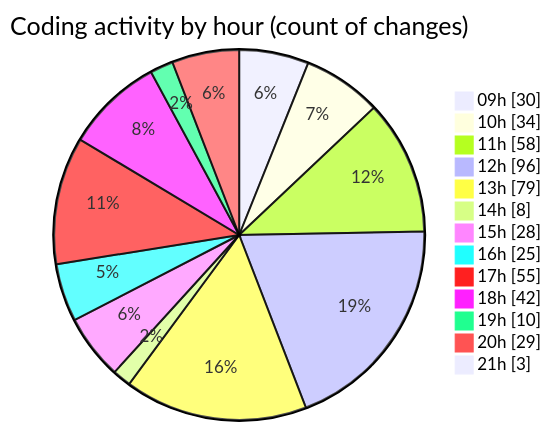
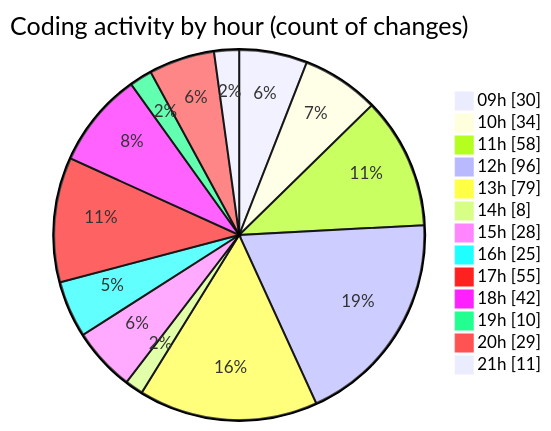
The second of 2 diagrams in 2025-04-02/cda/README.md (momahboobian/code-tracking), drawn with Mermaid before and after one commit. The commit also changed other lines of this file and 1 other file, not shown here.

````diff
--- a/2025-04-02/cda/README.md
+++ b/2025-04-02/cda/README.md
@@ -40,17 +40,17 @@
 ```mermaid
 pie showData
 title Coding activity by hour (count of changes)
 "09h" : 30
 "10h" : 34
 "11h" : 58
 "12h" : 96
 "13h" : 79
 "14h" : 8
 "15h" : 28
 "16h" : 25
 "17h" : 55
 "18h" : 42
 "19h" : 10
 "20h" : 29
-"21h" : 3
+"21h" : 11
 ```
````
